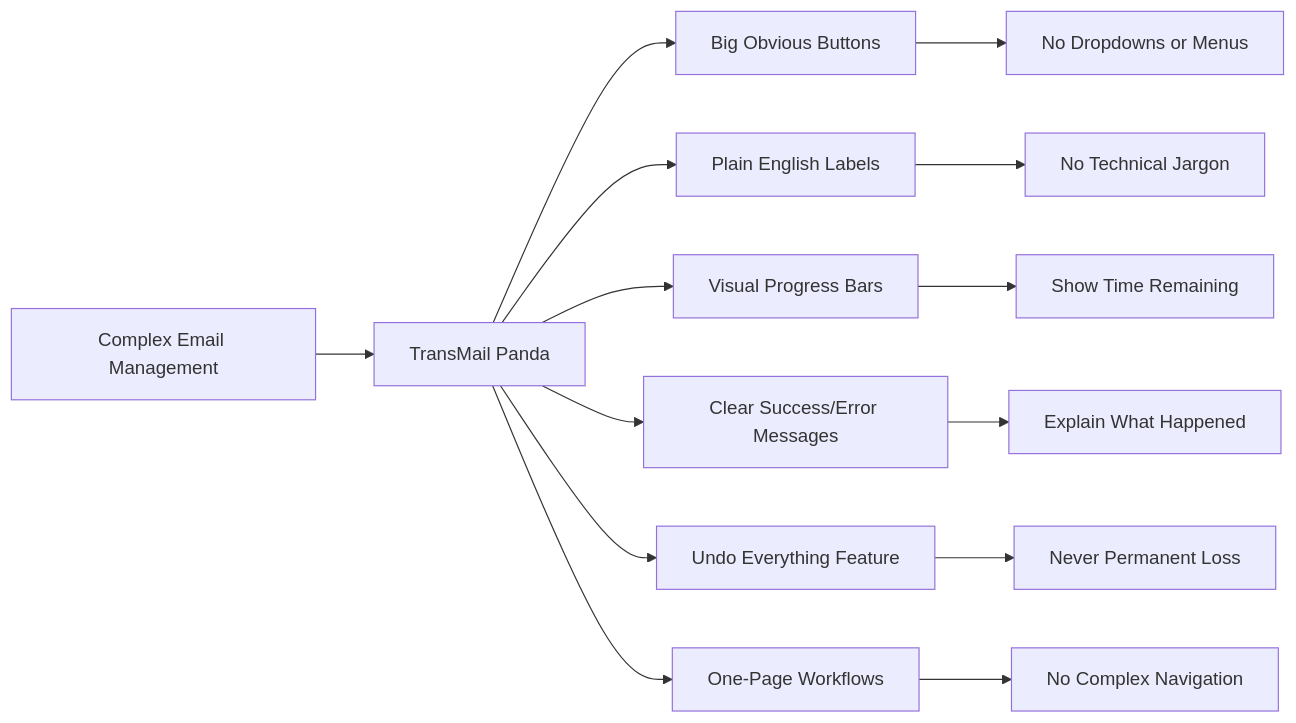
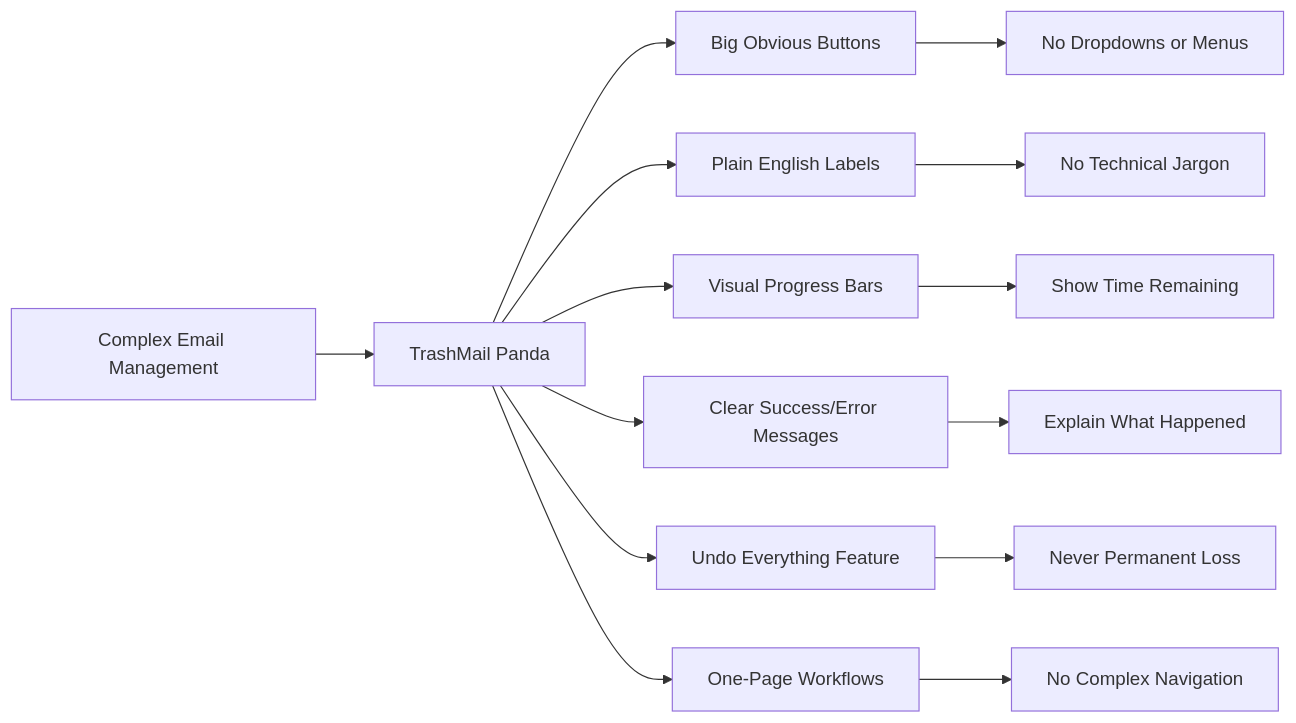
Before and after one commit to mauricio-morales/smart-inbox-janitor: the fourth of 6 diagrams in PRPs/1-trashmail-panda-prd.md, drawn with Mermaid. The commit also changed other lines of this file and 335 other files, not shown here.

Commit message:
#3 renamed TransMailPanda to TrashMailPanda

````diff
--- a/PRPs/1-trashmail-panda-prd.md
+++ b/PRPs/1-trashmail-panda-prd.md
@@ -185,18 +185,18 @@
 ```mermaid
 graph LR
-    A[Complex Email Management] --> B[TransMail Panda]
+    A[Complex Email Management] --> B[TrashMail Panda]
 
     B --> C[Big Obvious Buttons]
     B --> D[Plain English Labels]
     B --> E[Visual Progress Bars]
     B --> F[Clear Success/Error Messages]
     B --> G[Undo Everything Feature]
     B --> H[One-Page Workflows]
 
     C --> I[No Dropdowns or Menus]
     D --> J[No Technical Jargon]
     E --> K[Show Time Remaining]
     F --> L[Explain What Happened]
     G --> M[Never Permanent Loss]
     H --> N[No Complex Navigation]
 ```
````
